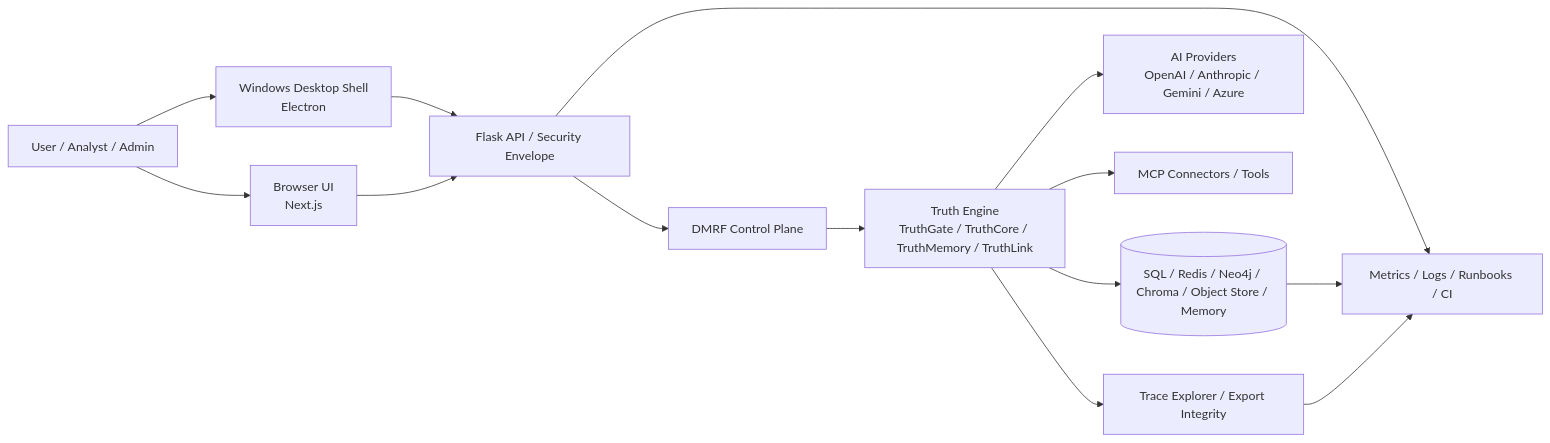
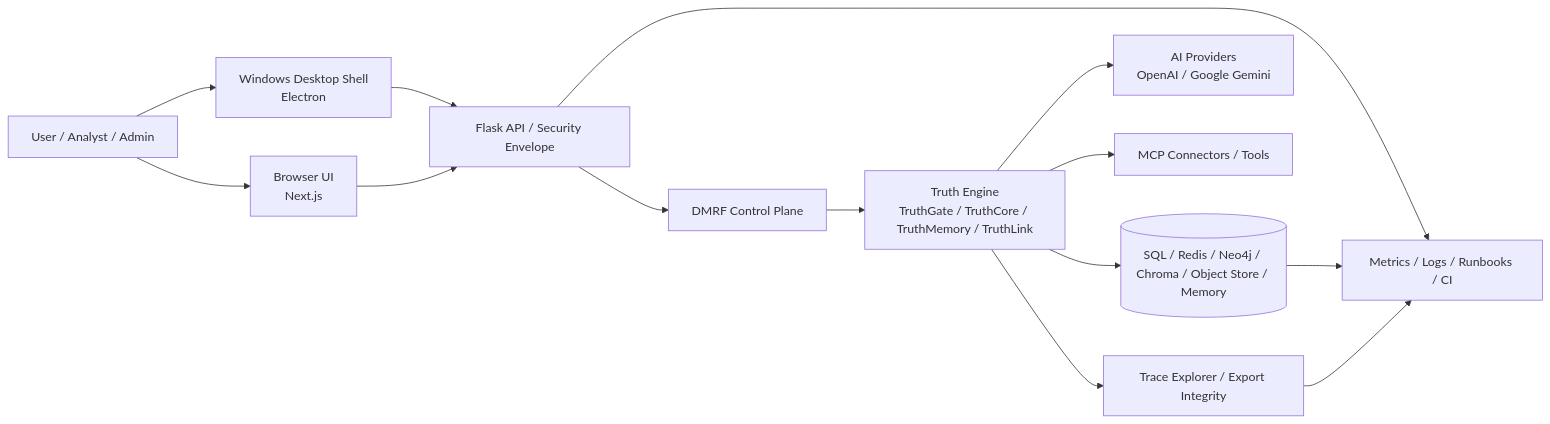
The first of 3 diagrams in docs/ARCHITECTURE_MAP.md (kherrera6219/DataLogicEngine), drawn with Mermaid before and after one commit. The commit also changed other lines of this file and 41 other files, not shown here.

````diff
--- a/docs/ARCHITECTURE_MAP.md
+++ b/docs/ARCHITECTURE_MAP.md
@@ -31,28 +31,28 @@
 ```mermaid
 flowchart LR
     user[User / Analyst / Admin]
     desktop[Windows Desktop Shell\nElectron]
     browser[Browser UI\nNext.js]
     api[Flask API / Security Envelope]
     dmrf[DMRF Control Plane]
     truth[Truth Engine\nTruthGate / TruthCore / TruthMemory / TruthLink]
     data[(SQL / Redis / Neo4j / Chroma / Object Store / Memory)]
-    providers[AI Providers\nOpenAI / Anthropic / Gemini / Azure]
+    providers[AI Providers\nOpenAI / Google Gemini]
     connectors[MCP Connectors / Tools]
     traces[Trace Explorer / Export Integrity]
     ops[Metrics / Logs / Runbooks / CI]
 
     user --> desktop
     user --> browser
     desktop --> api
     browser --> api
     api --> dmrf
     dmrf --> truth
     truth --> providers
     truth --> connectors
     truth --> data
     truth --> traces
     api --> ops
     data --> ops
     traces --> ops
 ```
````
